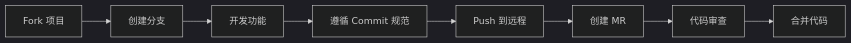
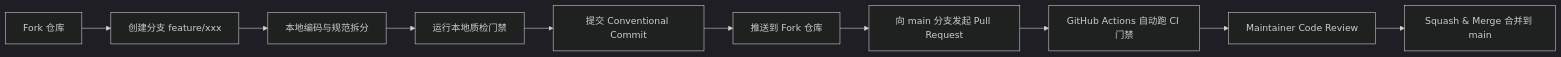
The second of 3 diagrams in README.md (ycwang-dev/yss-ui), drawn with Mermaid (dark theme) before and after one commit. The commit also changed other lines of this file and 1 other file, not shown here.

Commit message:
docs: 全面重构开源 README.md，对齐现代 GitHub 协作与发版体系

````diff
--- a/README.md
+++ b/README.md
@@ -419,10 +192,12 @@
 ```mermaid
 graph LR
-    A[Fork 项目] --> B[创建分支]
-    B --> C[开发功能]
-    C --> D[遵循 Commit 规范]
-    D --> E[Push 到远程]
-    E --> F[创建 MR]
-    F --> G[代码审查]
-    G --> H[合并代码]
+    A[Fork 仓库] --> B[创建分支 feature/xxx]
+    B --> C[本地编码与规范拆分]
+    C --> D[运行本地质检门禁]
+    D --> E[提交 Conventional Commit]
+    E --> F[推送到 Fork 仓库]
+    F --> G[向 main 分支发起 Pull Request]
+    G --> H[GitHub Actions 自动跑 CI 门禁]
+    H --> I[Maintainer Code Review]
+    I --> J[Squash & Merge 合并到 main]
 ```
````
